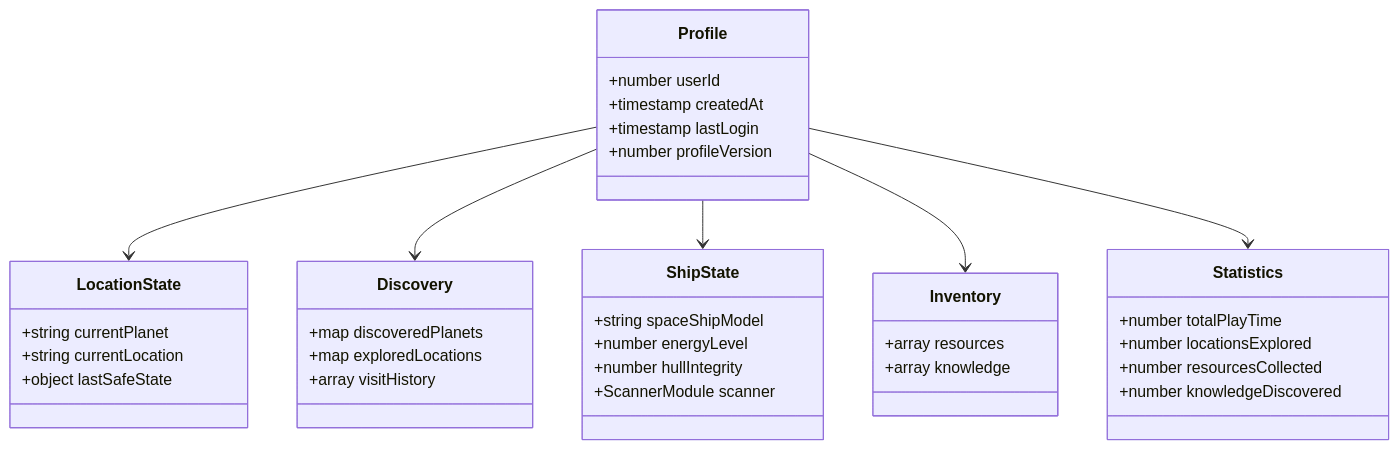
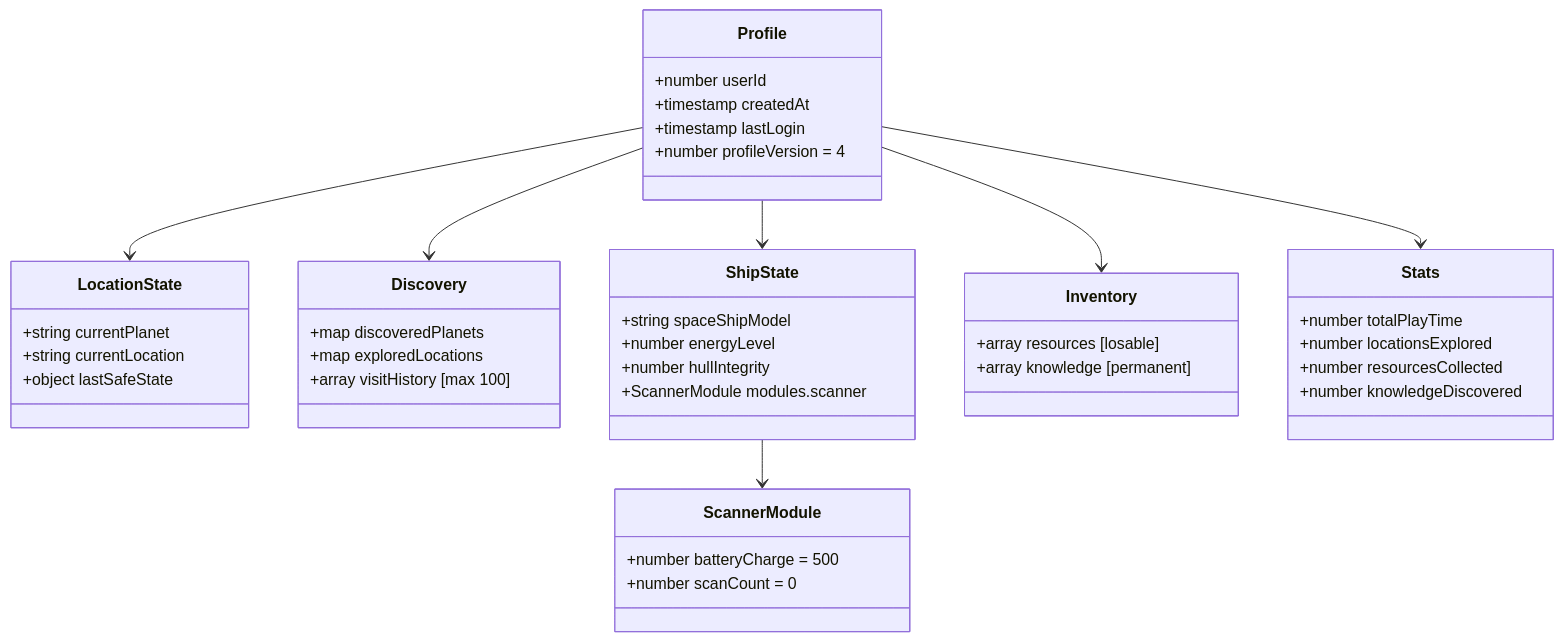
The third of 6 diagrams in Docs/GameDesign/PLAYER.md (nick-fedchik/CallOfRelics), drawn with Mermaid before and after one commit. The commit also changed other lines of this file, not shown here.

First line of the commit message:
docs: Actualize PLAYER.md with profile v4, personal computer UI section

````diff
--- a/Docs/GameDesign/PLAYER.md
+++ b/Docs/GameDesign/PLAYER.md
@@ -143,46 +143,52 @@
 ```mermaid
 classDiagram
     class Profile {
         +number userId
         +timestamp createdAt
         +timestamp lastLogin
-        +number profileVersion
+        +number profileVersion = 4
     }
 
     class LocationState {
         +string currentPlanet
         +string currentLocation
         +object lastSafeState
     }
 
     class Discovery {
         +map discoveredPlanets
         +map exploredLocations
-        +array visitHistory
+        +array visitHistory [max 100]
     }
 
     class ShipState {
         +string spaceShipModel
         +number energyLevel
         +number hullIntegrity
-        +ScannerModule scanner
+        +ScannerModule modules.scanner
+    }
+
+    class ScannerModule {
+        +number batteryCharge = 500
+        +number scanCount = 0
     }
 
     class Inventory {
-        +array resources
-        +array knowledge
+        +array resources [losable]
+        +array knowledge [permanent]
     }
 
-    class Statistics {
+    class Stats {
         +number totalPlayTime
         +number locationsExplored
         +number resourcesCollected
         +number knowledgeDiscovered
     }
 
     Profile --> LocationState
     Profile --> Discovery
     Profile --> ShipState
     Profile --> Inventory
-    Profile --> Statistics
+    Profile --> Stats
+    ShipState --> ScannerModule
 ```
````
